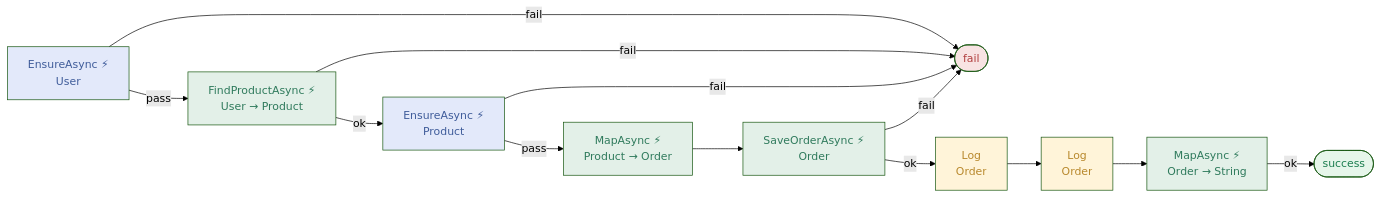
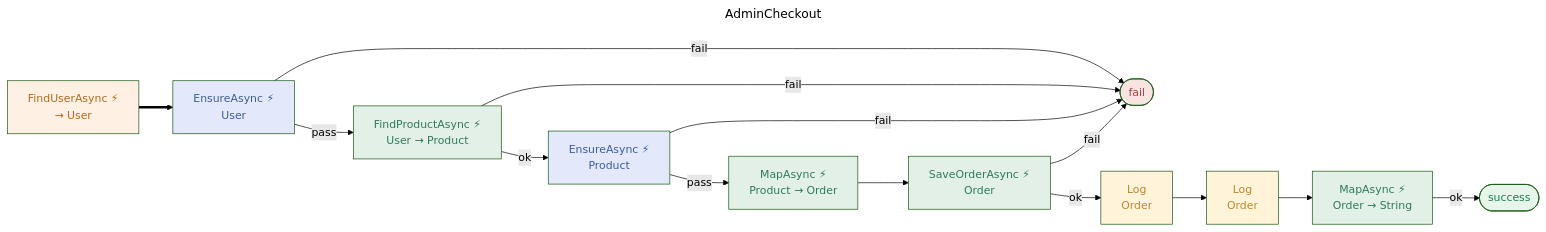
The tenth of 10 diagrams in mkdocs/demo/flow-catalog.md (reslava/nuget-package-reslava-result), drawn with Mermaid (forest theme) before and after one commit. The commit also changed other lines of this file and 22 other files, not shown here.

First line of the commit message:
feat: v1.47.1 — Diagram title, root entry node, code action fixes

````diff
--- a/mkdocs/demo/flow-catalog.md
+++ b/mkdocs/demo/flow-catalog.md
@@ -306,40 +333,45 @@
 ```mermaid
+---
+title: AdminCheckout
+---
 flowchart LR
+    ENTRY_ROOT["FindUserAsync ⚡<br/>→ User"]:::operation ==> N0_EnsureAsync
     N0_EnsureAsync["EnsureAsync ⚡<br/>User"]:::gatekeeper
     N0_EnsureAsync -->|pass| N1_FindProductAsync
     N0_EnsureAsync -->|fail| FAIL
     N1_FindProductAsync["FindProductAsync ⚡<br/>User → Product"]:::transform
     N1_FindProductAsync -->|ok| N2_EnsureAsync
     N1_FindProductAsync -->|fail| FAIL
     N2_EnsureAsync["EnsureAsync ⚡<br/>Product"]:::gatekeeper
     N2_EnsureAsync -->|pass| N3_MapAsync
     N2_EnsureAsync -->|fail| FAIL
     N3_MapAsync["MapAsync ⚡<br/>Product → Order"]:::transform
     N3_MapAsync --> N4_SaveOrderAsync
     N4_SaveOrderAsync["SaveOrderAsync ⚡<br/>Order"]:::transform
     N4_SaveOrderAsync -->|ok| N5_Log
     N4_SaveOrderAsync -->|fail| FAIL
     N5_Log["Log<br/>Order"]:::sideeffect
     N5_Log --> N6_Log
     N6_Log["Log<br/>Order"]:::sideeffect
     N6_Log --> N7_MapAsync
     N7_MapAsync["MapAsync ⚡<br/>Order → String"]:::transform
     N7_MapAsync -->|ok| SUCCESS
     SUCCESS([success]):::success
     FAIL([fail])
     FAIL:::failure
+    classDef operation fill:#fef0e3,color:#b86a1c
     classDef gatekeeper fill:#e3e9fa,color:#3f5c9a
     classDef transform fill:#e3f0e8,color:#2f7a5c
     classDef sideeffect fill:#fff4d9,color:#b8882c
     classDef success fill:#e6f6ea,color:#1c7e4f
     classDef failure fill:#f8e3e3,color:#b13e3e
 %% --- Node correlation (ReasonMetadata.NodeId / PipelineStep) ---
 %%   N0_EnsureAsync → EnsureAsync
 %%   N1_FindProductAsync → FindProductAsync
 %%   N2_EnsureAsync → EnsureAsync
 %%   N3_MapAsync → MapAsync
 %%   N4_SaveOrderAsync → SaveOrderAsync
 %%   N5_Log → Log
 %%   N6_Log → Log
 %%   N7_MapAsync → MapAsync
 ```
````
